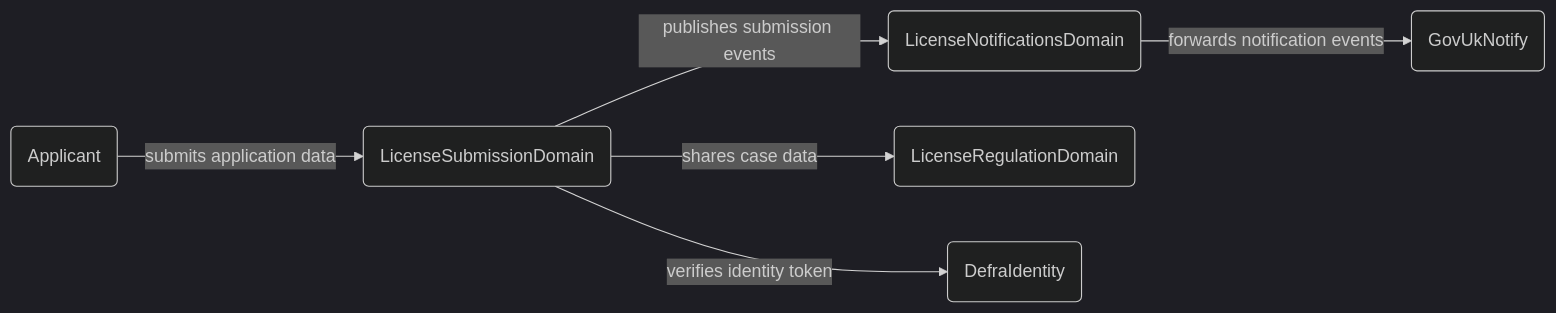
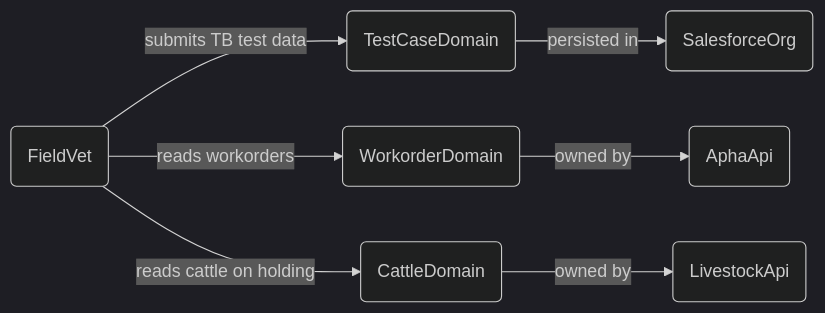
Before and after one commit to DEFRA/cattle-vaccination-documentation: the first of 4 diagrams in technology/data-architecture/structure-view/README.md, drawn with Mermaid (dark theme). The commit also changed other lines of this file and 3 other files, not shown here.

````diff
--- a/technology/data-architecture/structure-view/README.md
+++ b/technology/data-architecture/structure-view/README.md
@@ -15,15 +15,17 @@
 ```mermaid
 flowchart LR
-  Applicant(Applicant)
-  SubmissionDomain(LicenseSubmissionDomain)
-  NotificationsDomain(LicenseNotificationsDomain)
-  RegulationDomain(LicenseRegulationDomain)
-  DefraIdentity(DefraIdentity)
-  GovUkNotify(GovUkNotify)
+  Vet(FieldVet)
+  TestCaseDomain(TestCaseDomain)
+  WorkorderDomain(WorkorderDomain)
+  CattleDomain(CattleDomain)
+  SalesforceOrg(SalesforceOrg)
+  AphaApi(AphaApi)
+  LivestockApi(LivestockApi)
 
-  Applicant -->|"submits application data"| SubmissionDomain
-  SubmissionDomain -->|"publishes submission events"| NotificationsDomain
-  NotificationsDomain -->|"forwards notification events"| GovUkNotify
-  SubmissionDomain -->|"shares case data"| RegulationDomain
-  SubmissionDomain -->|"verifies identity token"| DefraIdentity
+  Vet -->|"submits TB test data"| TestCaseDomain
+  TestCaseDomain -->|"persisted in"| SalesforceOrg
+  WorkorderDomain -->|"owned by"| AphaApi
+  CattleDomain -->|"owned by"| LivestockApi
+  Vet -->|"reads workorders"| WorkorderDomain
+  Vet -->|"reads cattle on holding"| CattleDomain
 ```
````
